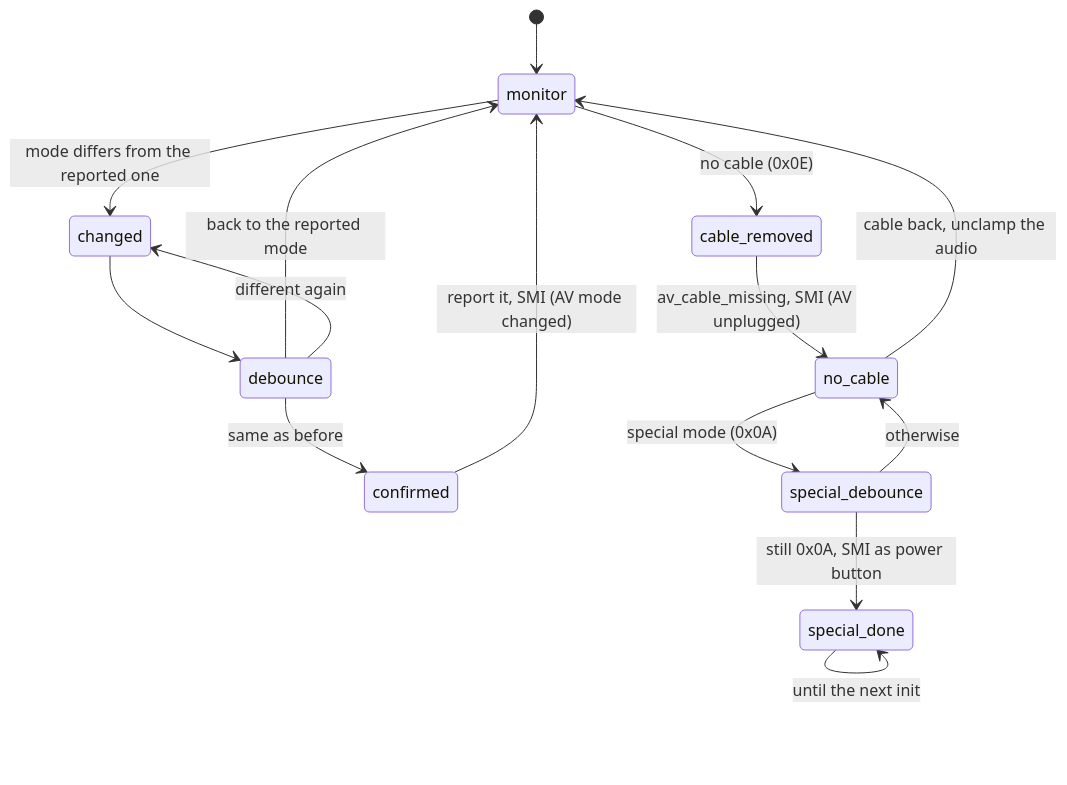
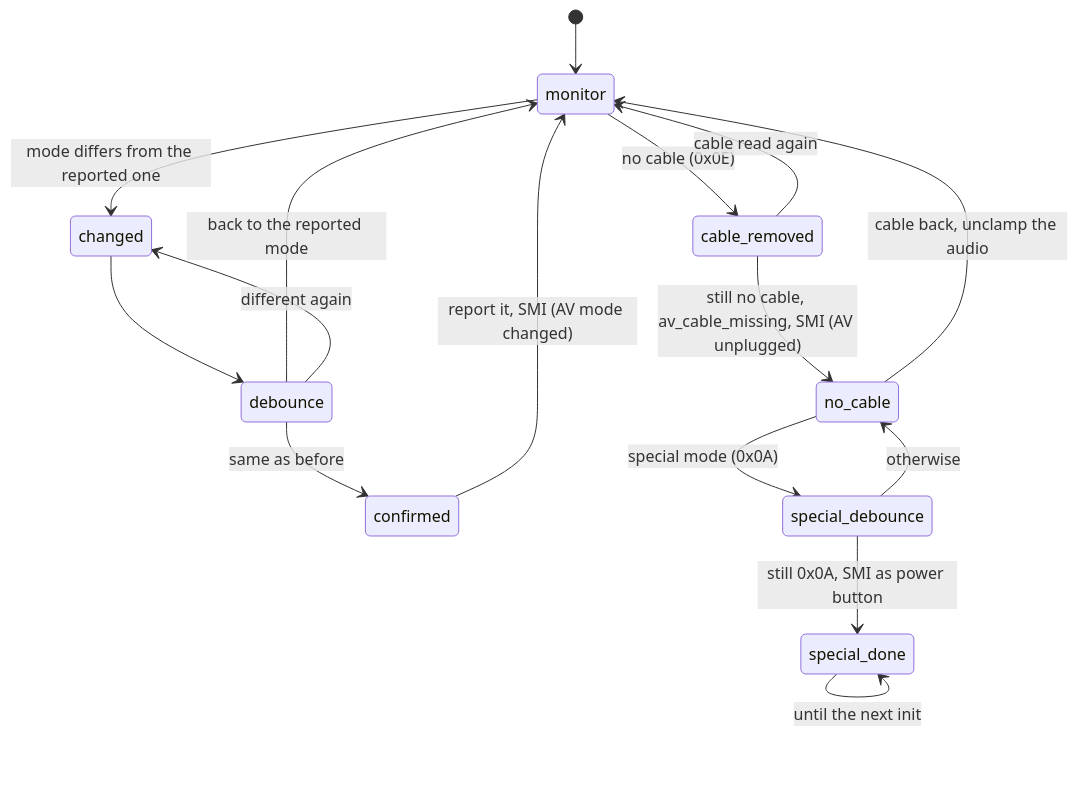
The diagram in docs/state-machines/video.md (edlf/xbox_pico_smc), drawn with Mermaid before and after one commit. The commit also changed other lines of this file and 5 other files, not shown here.

````diff
--- a/docs/state-machines/video.md
+++ b/docs/state-machines/video.md
@@ -9,18 +9,19 @@
 ```mermaid
 stateDiagram-v2
     [*] --> monitor
     monitor --> cable_removed: no cable (0x0E)
     monitor --> changed: mode differs from the reported one
     changed --> debounce
     debounce --> monitor: back to the reported mode
     debounce --> confirmed: same as before
     debounce --> changed: different again
     confirmed --> monitor: report it, SMI (AV mode changed)
 
-    cable_removed --> no_cable: av_cable_missing, SMI (AV unplugged)
+    cable_removed --> monitor: cable read again
+    cable_removed --> no_cable: still no cable, av_cable_missing, SMI (AV unplugged)
     no_cable --> monitor: cable back, unclamp the audio
     no_cable --> special_debounce: special mode (0x0A)
     special_debounce --> special_done: still 0x0A, SMI as power button
     special_debounce --> no_cable: otherwise
     special_done --> special_done: until the next init
 ```
````
